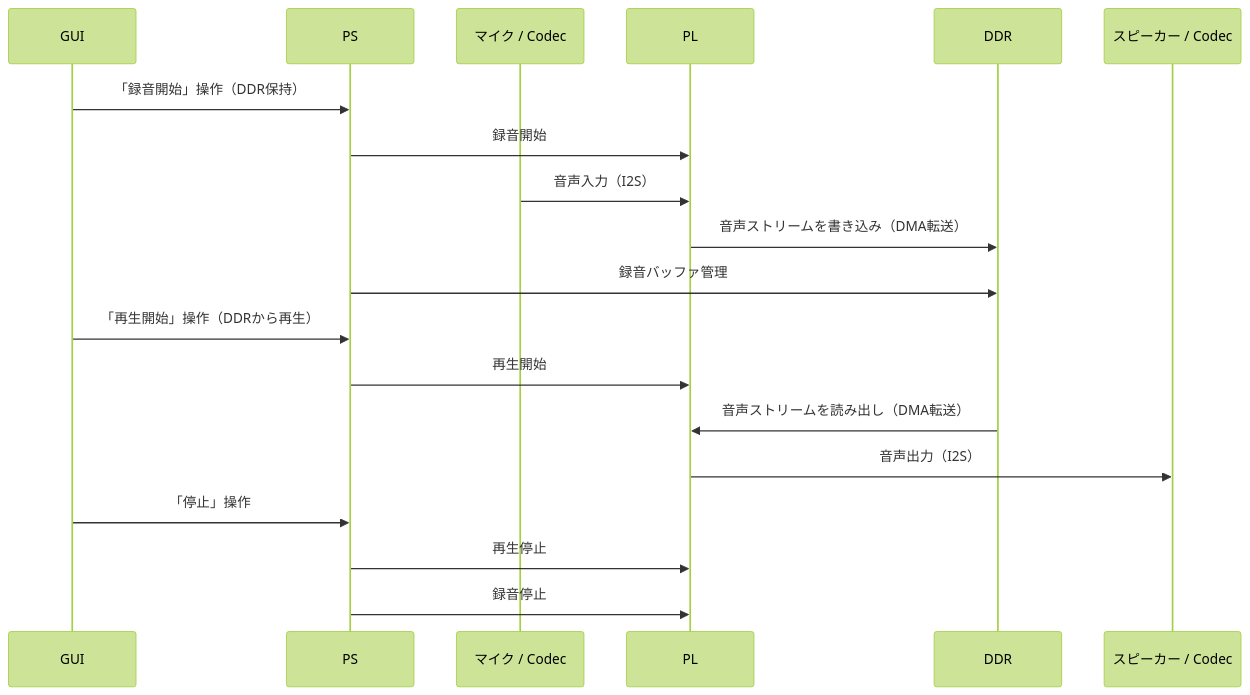
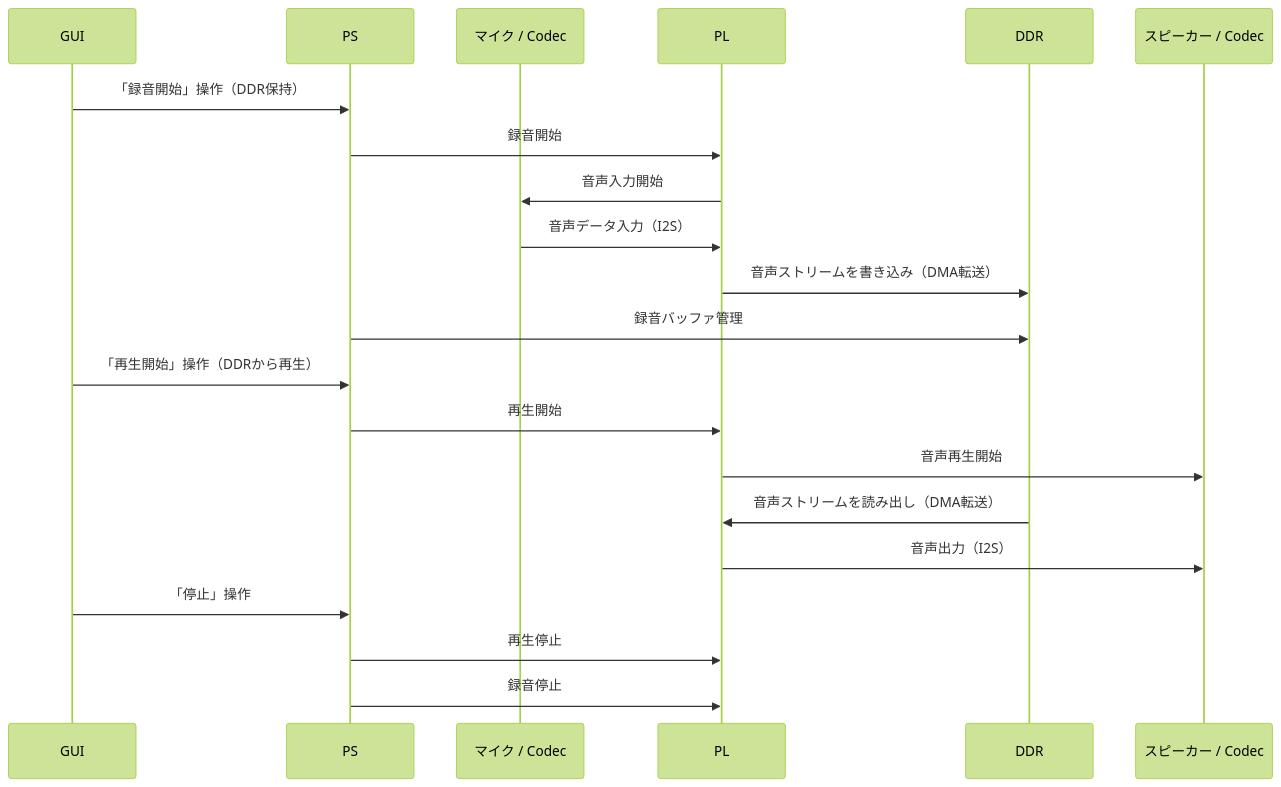
The third of 3 diagrams in docs/system_design.md (kiiisy/VoiceNote-System), drawn with Mermaid (forest theme) before and after one commit. The commit also changed other lines of this file, not shown here.

````diff
--- a/docs/system_design.md
+++ b/docs/system_design.md
@@ -341,24 +343,26 @@
 ```mermaid
 sequenceDiagram
     participant GUI as GUI
     participant PS as PS
     participant Mic as マイク / Codec
     participant PL as PL
     participant DDR as DDR
     participant Spk as スピーカー / Codec
 
     GUI->>PS: 「録音開始」操作（DDR保持）
     PS->>PL: 録音開始
-    Mic->>PL: 音声入力（I2S）
+    PL->>Mic: 音声入力開始
+    Mic->>PL: 音声データ入力（I2S）
     PL->>DDR: 音声ストリームを書き込み（DMA転送）
     PS->>DDR: 録音バッファ管理
 
     GUI->>PS: 「再生開始」操作（DDRから再生）
     PS->>PL: 再生開始
+    PL->>Spk: 音声再生開始
     DDR->>PL: 音声ストリームを読み出し（DMA転送）
     PL->>Spk: 音声出力（I2S）
 
     GUI->>PS: 「停止」操作
     PS->>PL: 再生停止
     PS->>PL: 録音停止
 ```
````
